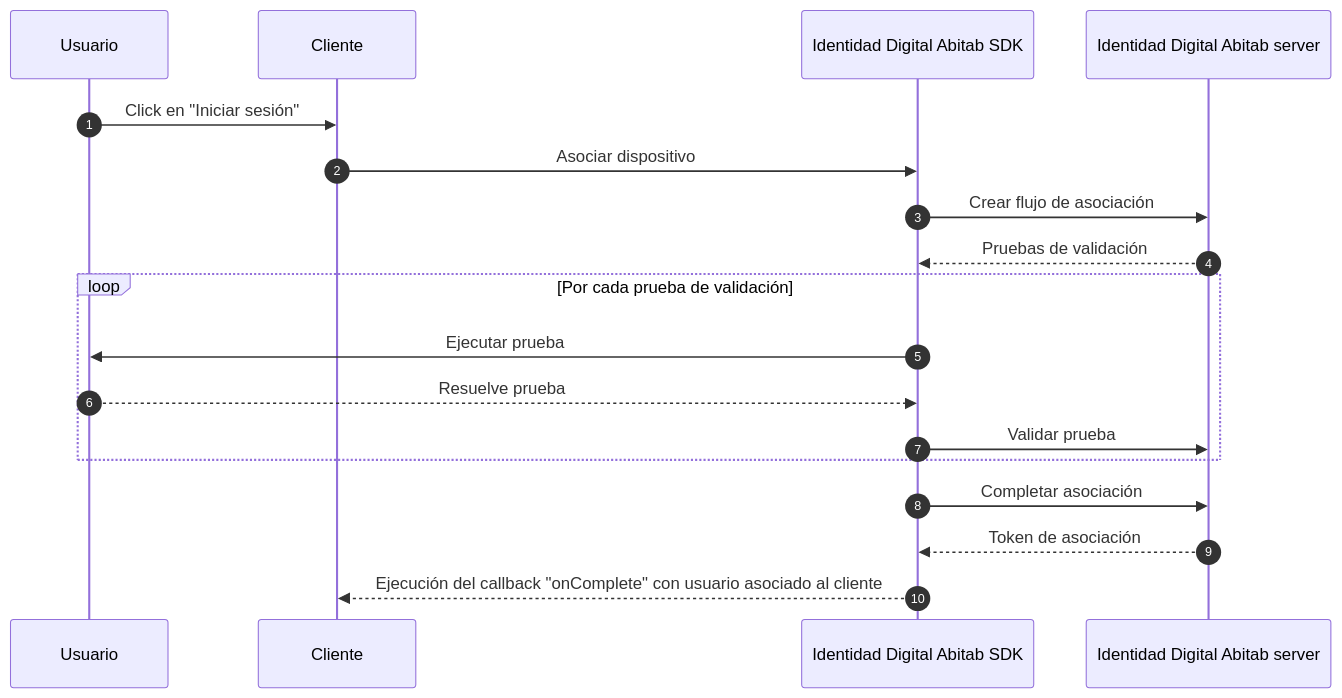
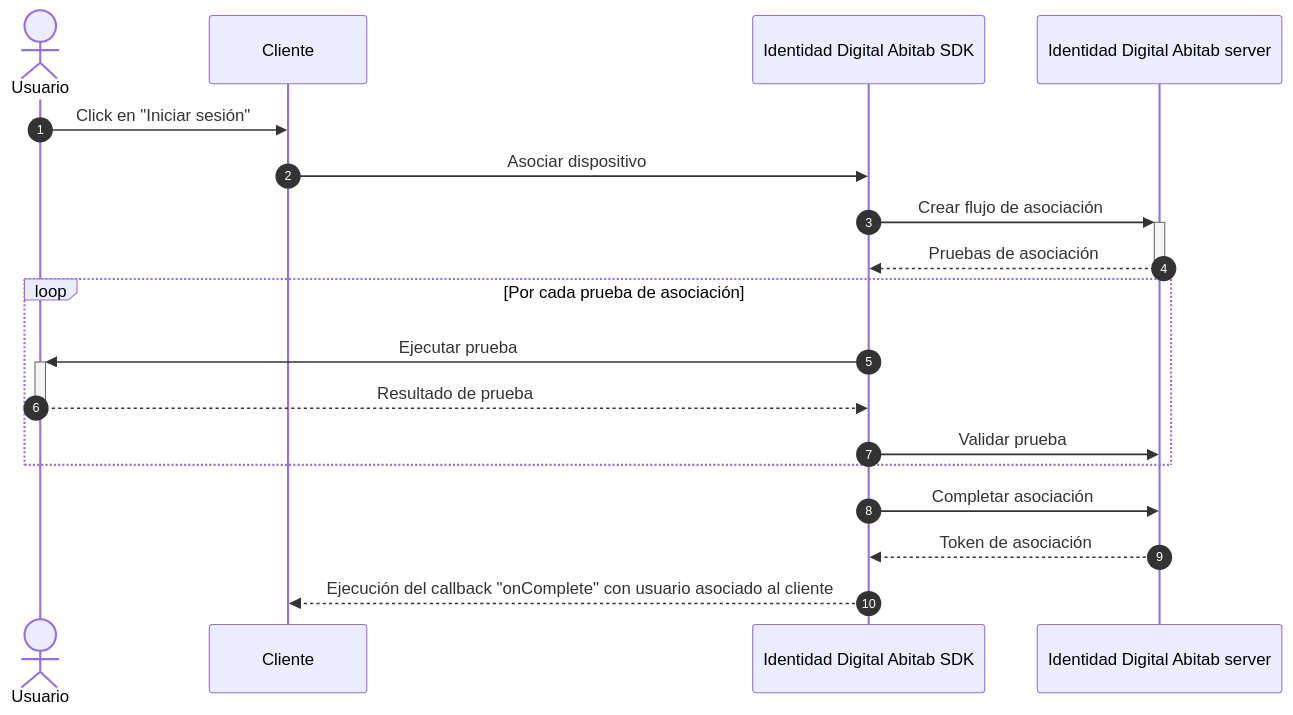
One commit to IDDigital-Abitab/sdk-documentation changed the diagram in docs/flows/asociation-flow.md. Above: the diagram before and after it, drawn with Mermaid. The commit also changed other lines of this file and 7 other files, not shown here.

````diff
--- a/docs/flows/asociation-flow.md
+++ b/docs/flows/asociation-flow.md
@@ -5,23 +5,23 @@
 ```mermaid
 sequenceDiagram
   autonumber
-  participant U as Usuario
-    participant C as Cliente
-    participant SDK as Identidad Digital Abitab SDK
-    participant S as Identidad Digital Abitab server
+  actor U as Usuario
+  participant C as Cliente
+  participant SDK as Identidad Digital Abitab SDK
+  participant S as Identidad Digital Abitab server
 
-    U->>C: Click en "Iniciar sesión"
-    C->>SDK: Asociar dispositivo
-    SDK->>S: Crear flujo de asociación
-    S-->>SDK: Pruebas de validación
+  U->>C: Click en "Iniciar sesión"
+  C->>SDK: Asociar dispositivo
+  SDK->>+S: Crear flujo de asociación
+  S-->>-SDK: Pruebas de asociación
 
-    loop Por cada prueba de validación
-        SDK->>U: Ejecutar prueba
-        U-->>SDK: Resuelve prueba
-        SDK->>S: Validar prueba
-    end
+  loop Por cada prueba de asociación
+      SDK->>+U: Ejecutar prueba
+      U-->>-SDK: Resultado de prueba
+      SDK->>S: Validar prueba
+  end
 
-    SDK->>S: Completar asociación
-    S-->>SDK: Token de asociación
-    SDK-->>C: Ejecución del callback "onComplete" con usuario asociado al cliente
+  SDK->>S: Completar asociación
+  S-->>SDK: Token de asociación
+  SDK-->>C: Ejecución del callback "onComplete" con usuario asociado al cliente
 ```
````
